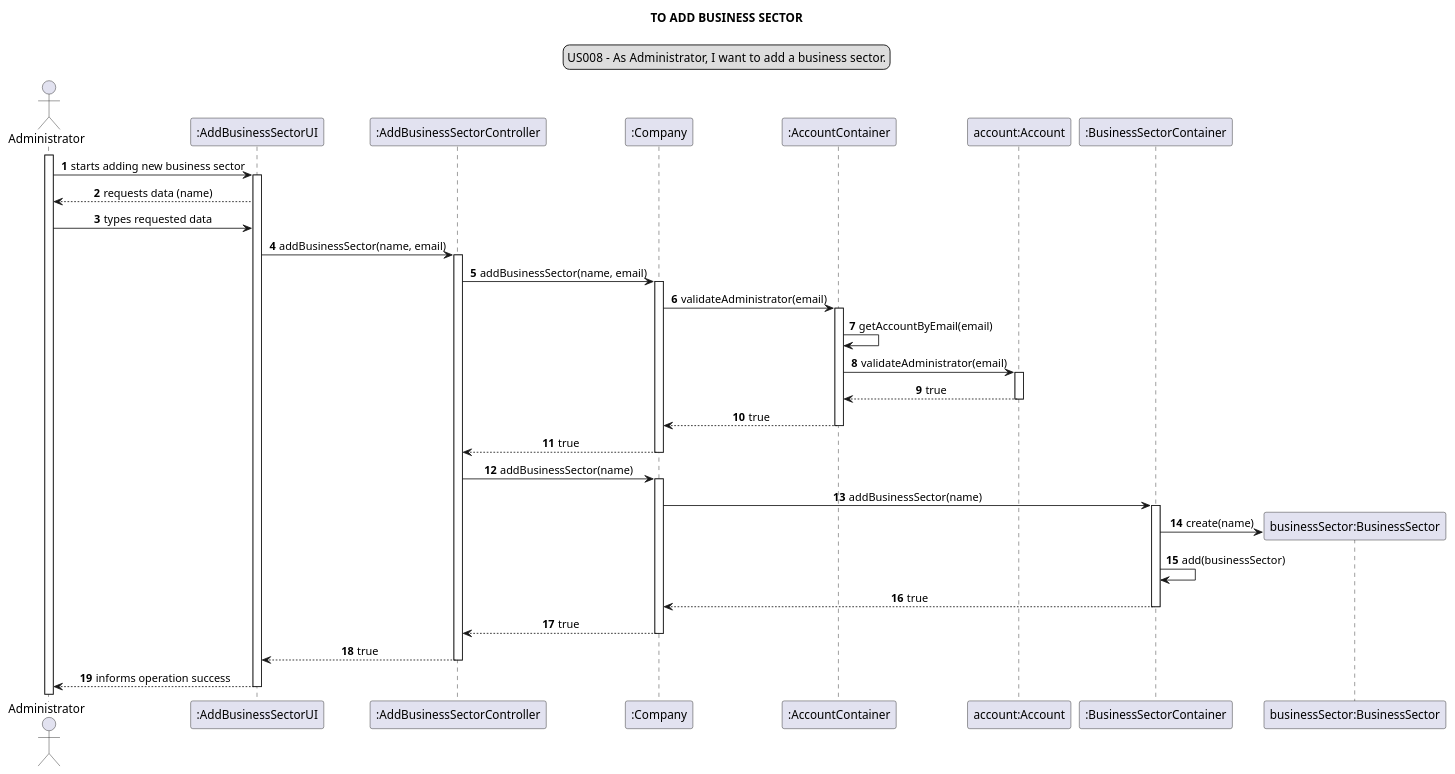
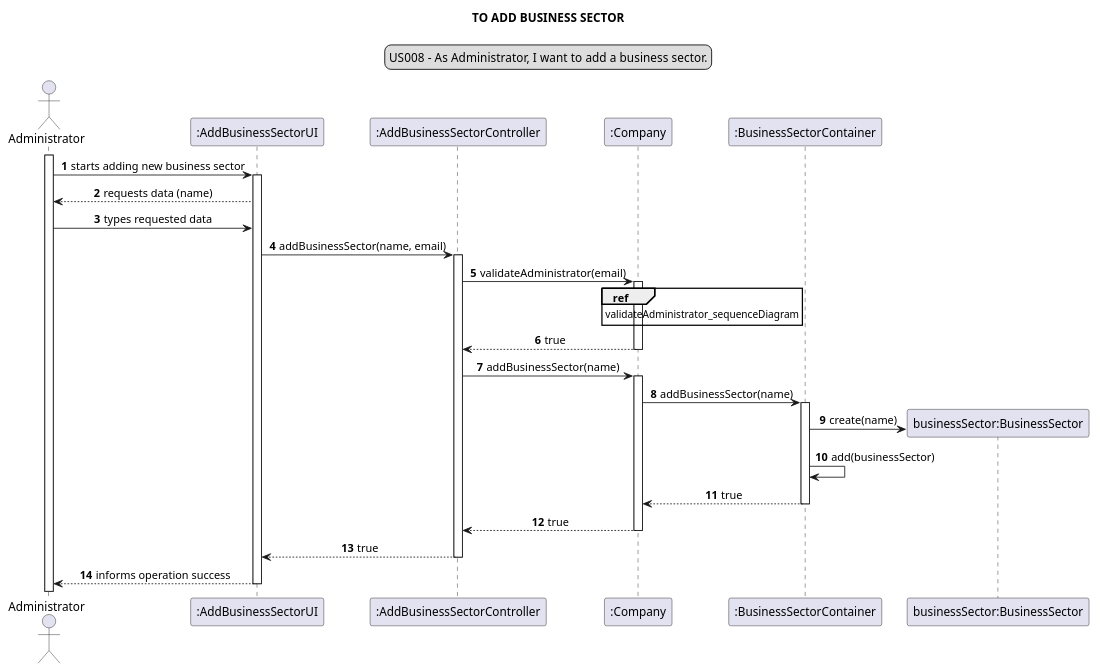
Before and after one commit to Loracline/project_switch_22-23: the diagram in docs/modelling_design/user_stories/sprint02/us008/US008_sequenceDiagram.puml, drawn with PlantUML. The commit also changed 1 other file, not shown here.

Commit message:
US008- Design- refinement of SequenceDiagram to separate the validation for another Sequence Diagram. refactor of classDiagram

```diff
--- a/docs/modelling_design/user_stories/sprint02/us008/US008_sequenceDiagram.puml
+++ b/docs/modelling_design/user_stories/sprint02/us008/US008_sequenceDiagram.puml
@@ -1,56 +1,46 @@
 @startuml
 'https://plantuml.com/sequence-diagram
 
 autonumber
 skinparam sequenceMessageAlign center
 title TO ADD BUSINESS SECTOR
 legend top
 US008 - As Administrator, I want to add a business sector.
 end legend
 
 actor Administrator as a
 participant ":AddBusinessSectorUI" as absui
 participant ":AddBusinessSectorController" as absc
 participant ":Company" as c
-participant ":AccountContainer" as ac
-participant "account:Account" as acc
 participant ":BusinessSectorContainer" as bsc
 participant "businessSector:BusinessSector" as bs
 
 activate a
 a -> absui: starts adding new business sector
 activate absui
 a <-- absui: requests data (name)
 a -> absui: types requested data
 absui -> absc: addBusinessSector(name, email)
 activate absc
-absc -> c: addBusinessSector(name, email)
+absc -> c: validateAdministrator(email)
 activate c
-c -> ac: validateAdministrator(email)
-activate ac
-ac -> ac: getAccountByEmail(email)
-ac -> acc: validateAdministrator(email)
-activate acc
-ac <-- acc: true
-deactivate acc
-c <-- ac: true
-deactivate ac
-absc <-- c: true
+ref over c: validateAdministrator_sequenceDiagram
+c --> absc: true
 deactivate c
 absc -> c: addBusinessSector(name)
 activate c
 c -> bsc: addBusinessSector(name)
 activate bsc
 create bs
 bsc -> bs: create(name)
 bsc -> bsc: add(businessSector)
 c <-- bsc: true
 deactivate bsc
 absc <-- c: true
 deactivate c
 absui <-- absc: true
 deactivate absc
 a <-- absui: informs operation success
 deactivate absui
 
 @enduml
```
